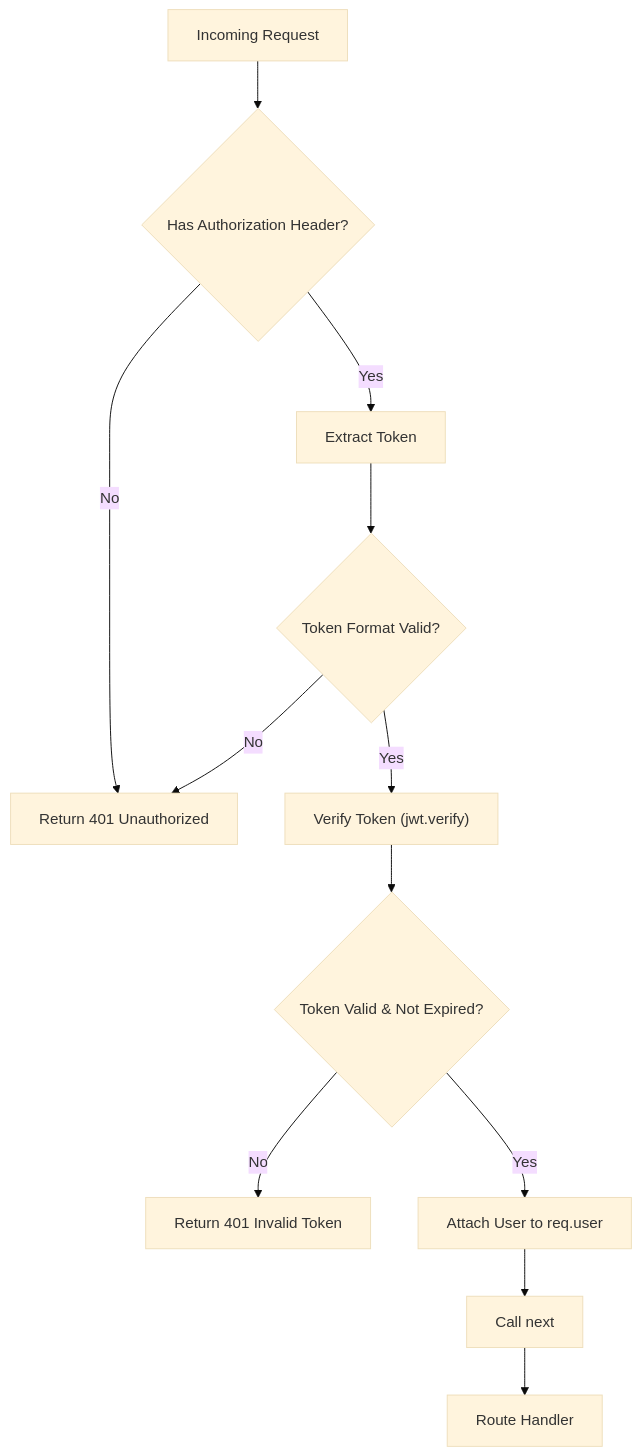
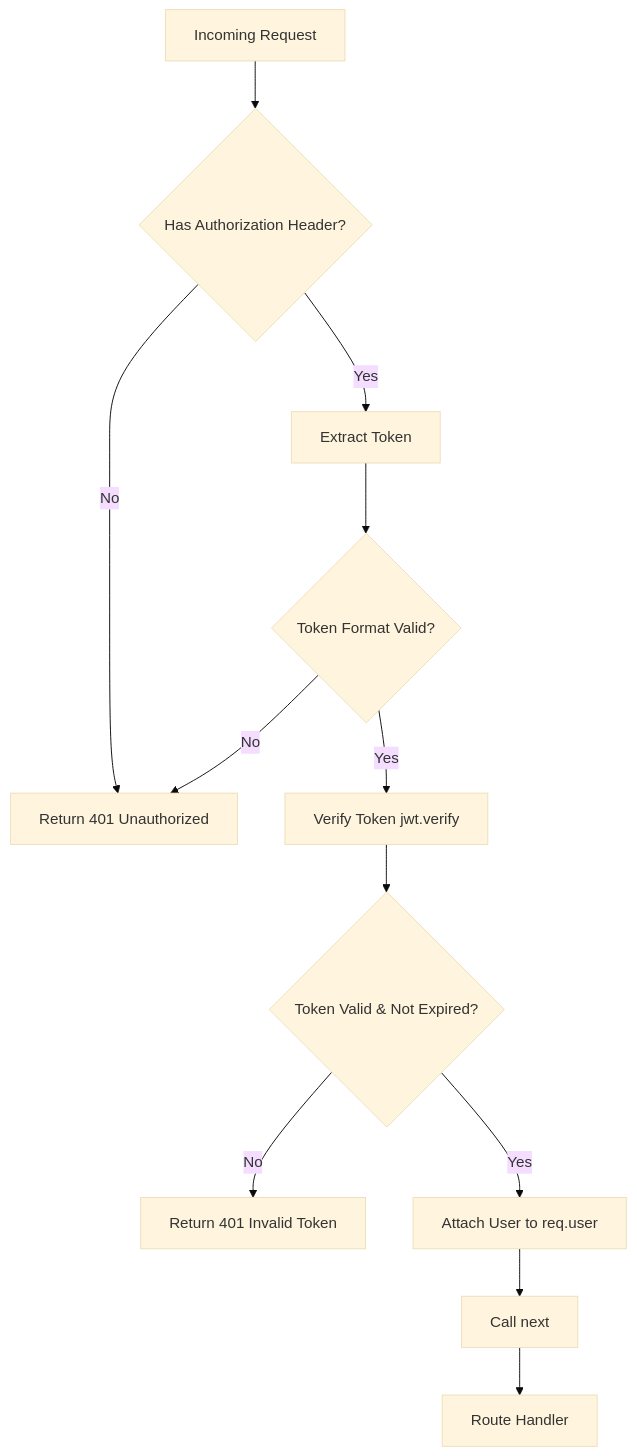
Before and after one commit to N-Dave-08/fs-course-backend: the third of 6 diagrams in level-04-authentication-security/lesson-01-jwt-authentication-ENHANCED-EXAMPLE.md, drawn with Mermaid (base theme). The commit also changed other lines of this file and 18 other files, not shown here.

````diff
--- a/level-04-authentication-security/lesson-01-jwt-authentication-ENHANCED-EXAMPLE.md
+++ b/level-04-authentication-security/lesson-01-jwt-authentication-ENHANCED-EXAMPLE.md
@@ -394,14 +394,14 @@
 ```mermaid
 graph TD
     A[Incoming Request] --> B{"Has Authorization Header?"}
     B -->|No| C["Return 401 Unauthorized"]
     B -->|Yes| D[Extract Token]
     D --> E{"Token Format Valid?"}
     E -->|No| C
-    E -->|Yes| F["Verify Token (jwt.verify)"]
+    E -->|Yes| F["Verify Token jwt.verify"]
     F --> G{"Token Valid & Not Expired?"}
     G -->|No| H["Return 401 Invalid Token"]
     G -->|Yes| I["Attach User to req.user"]
     I --> J[Call next]
     J --> K[Route Handler]
 ```
````
